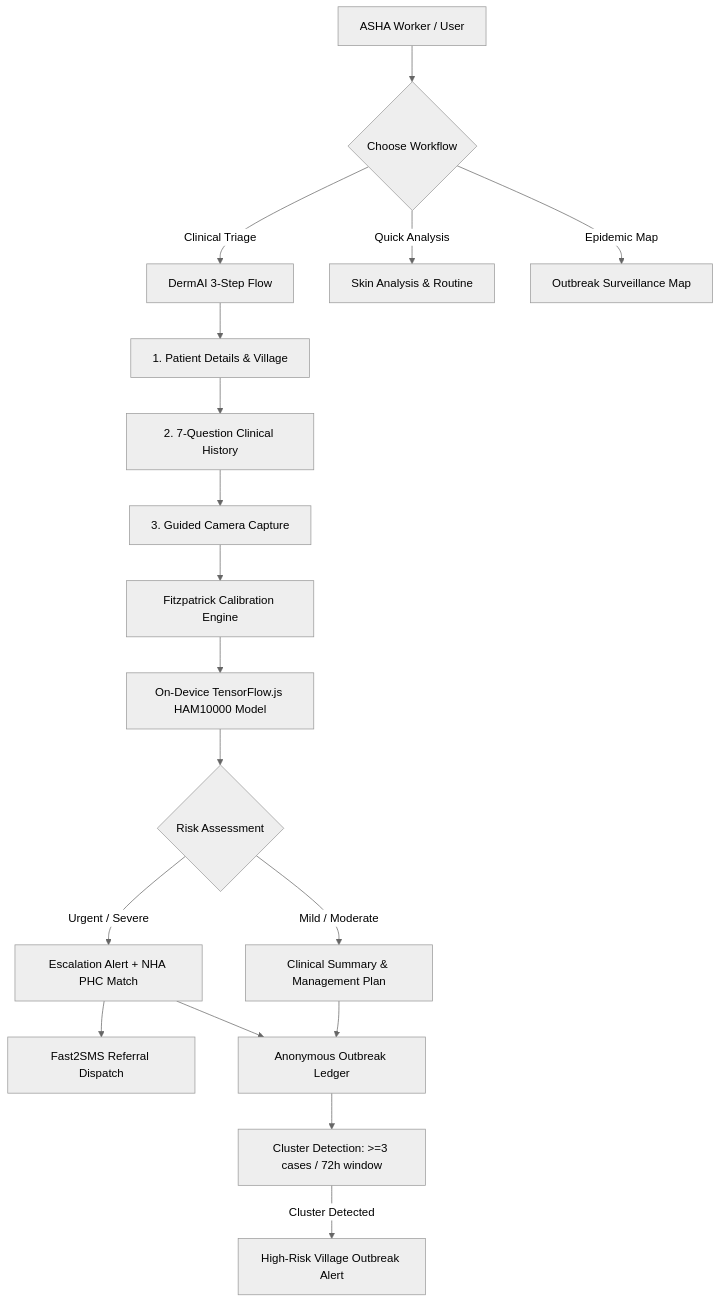
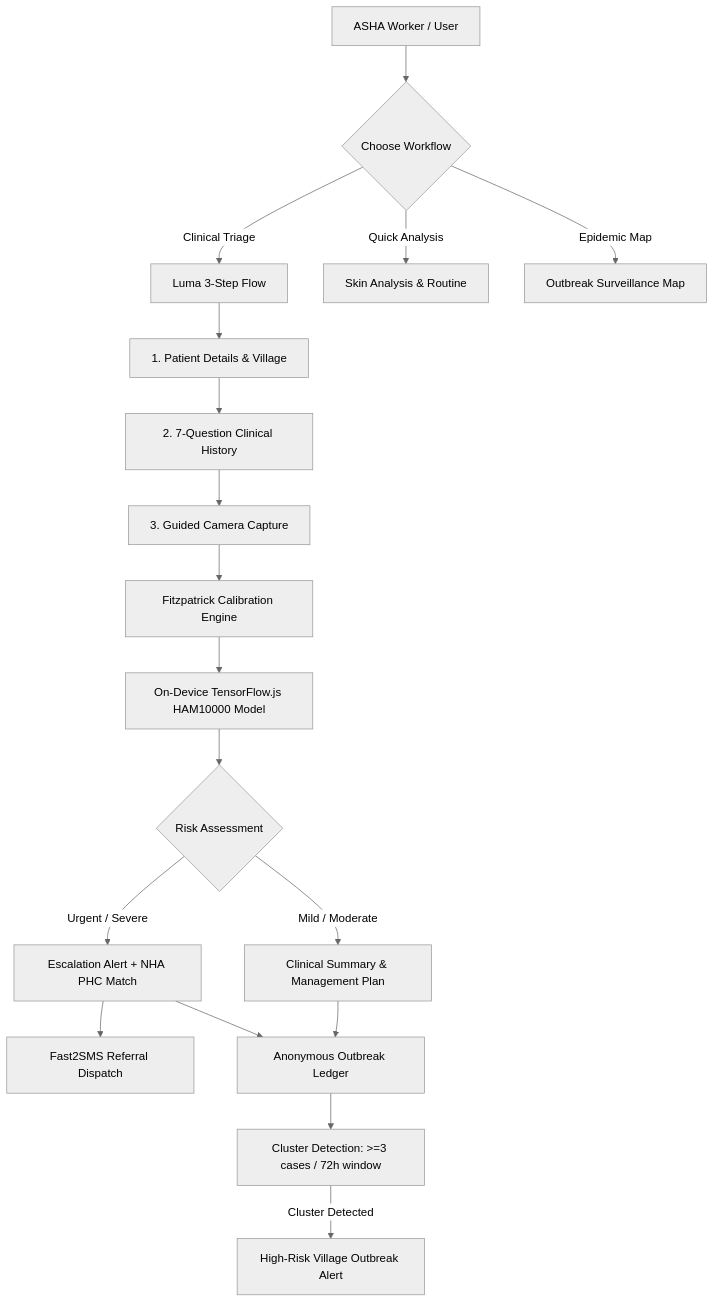
One commit to Ansika-Singh/Luma changed the diagram in README.md. Above: the diagram before and after it, drawn with Mermaid (neutral theme). The commit also changed other lines of this file and 9 other files, not shown here.

Commit message:
refactor: remove DermAI branding in favor of Luma and Clinical Triage

````diff
--- a/README.md
+++ b/README.md
@@ -73,26 +73,26 @@
 ```mermaid
 flowchart TD
     A[ASHA Worker / User] --> B{Choose Workflow}
     
-    B -->|Clinical Triage| C[DermAI 3-Step Flow]
+    B -->|Clinical Triage| C[Luma 3-Step Flow]
     B -->|Quick Analysis| D[Skin Analysis & Routine]
     B -->|Epidemic Map| E[Outbreak Surveillance Map]
     
     C --> C1[1. Patient Details & Village]
     C1 --> C2[2. 7-Question Clinical History]
     C2 --> C3[3. Guided Camera Capture]
     
     C3 --> F[Fitzpatrick Calibration Engine]
     F --> G[On-Device TensorFlow.js HAM10000 Model]
     
     G --> H{Risk Assessment}
     H -->|Urgent / Severe| I[Escalation Alert + NHA PHC Match]
     H -->|Mild / Moderate| J[Clinical Summary & Management Plan]
     
     I --> K[Fast2SMS Referral Dispatch]
     I --> L[Anonymous Outbreak Ledger]
     J --> L
     
     L --> M[Cluster Detection: >=3 cases / 72h window]
     M -->|Cluster Detected| N[High-Risk Village Outbreak Alert]
 ```
````
